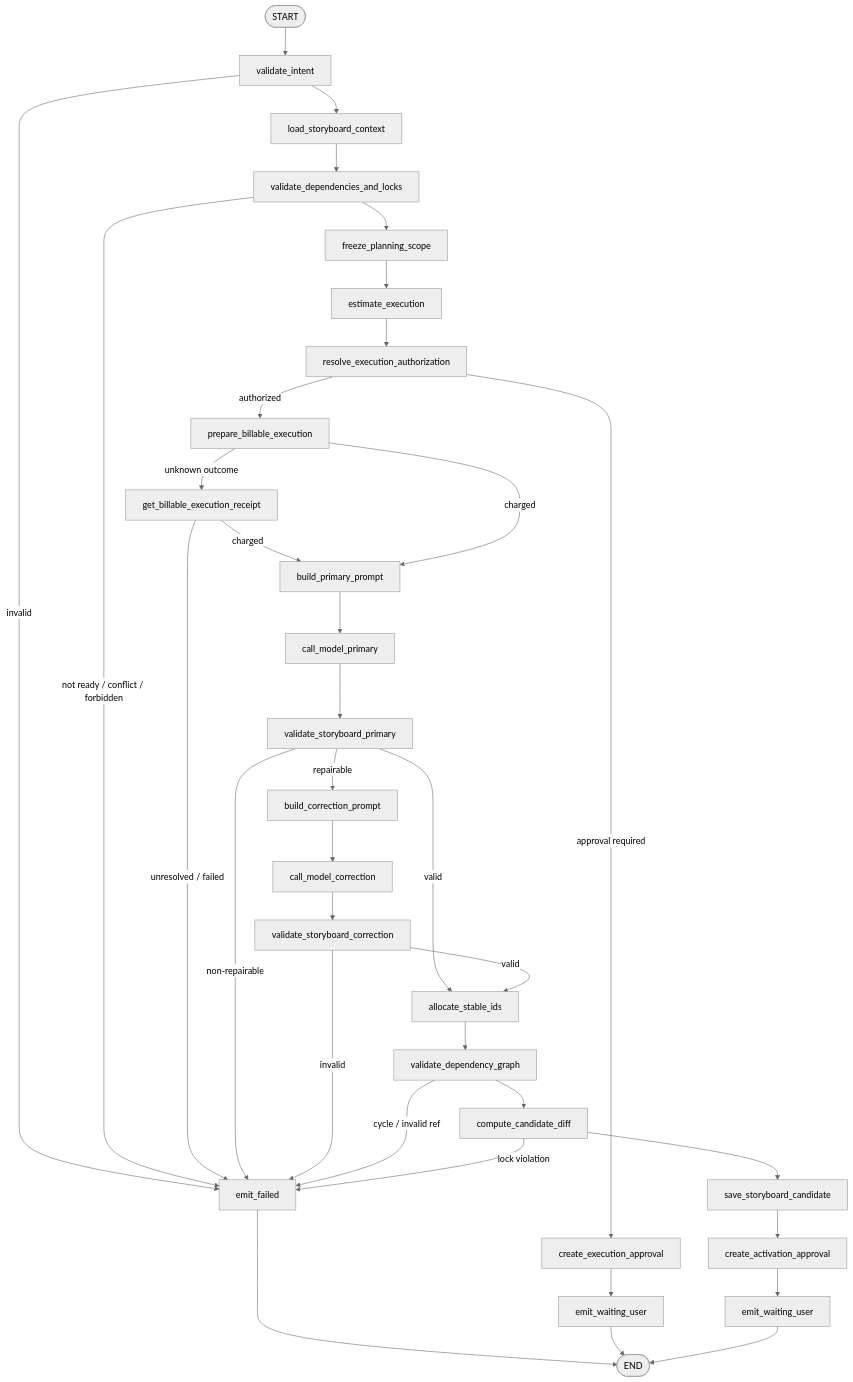
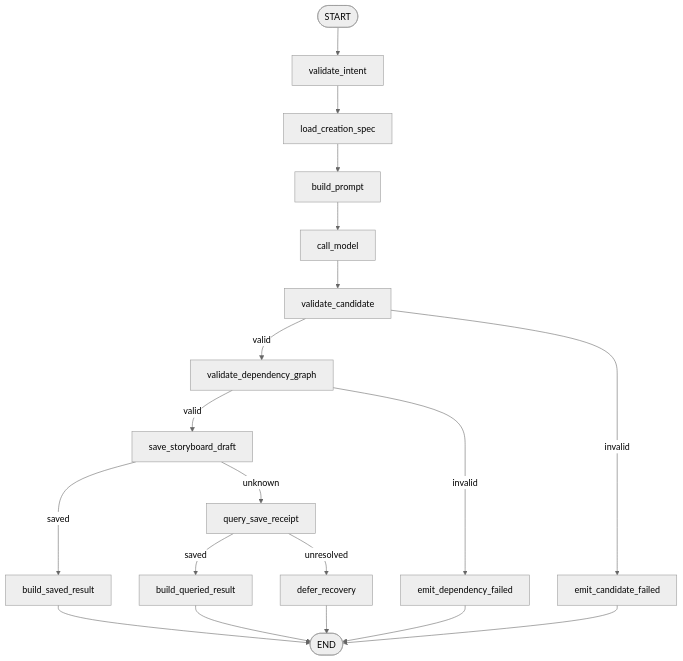
The first of 3 diagrams in docs/design/agent/graphtool/plan_storyboard-design.md (FigoGoo/Dora-Agent), drawn with Mermaid (neutral theme) before and after one commit. The commit also changed other lines of this file and 68 other files, not shown here.

````diff
--- a/docs/design/agent/graphtool/plan_storyboard-design.md
+++ b/docs/design/agent/graphtool/plan_storyboard-design.md
@@ -100,37 +39,21 @@
 ```mermaid
 flowchart TD
-    S([START]) --> V[validate_intent]
-    V -->|invalid| F[emit_failed]
-    V --> L[load_storyboard_context]
-    L --> G[validate_dependencies_and_locks]
-    G -->|not ready / conflict / forbidden| F
-    G --> Z[freeze_planning_scope]
-    Z --> E[estimate_execution]
-    E --> A[resolve_execution_authorization]
-    A -->|approval required| EA[create_execution_approval]
-    EA --> W1[emit_waiting_user]
-    A -->|authorized| C[prepare_billable_execution]
-    C -->|unknown outcome| Q[get_billable_execution_receipt]
-    Q -->|charged| P1[build_primary_prompt]
-    Q -->|unresolved / failed| F
-    C -->|charged| P1
-    P1 --> M1[call_model_primary]
-    M1 --> D1[validate_storyboard_primary]
-    D1 -->|valid| I[allocate_stable_ids]
-    D1 -->|repairable| P2[build_correction_prompt]
-    D1 -->|non-repairable| F
-    P2 --> M2[call_model_correction]
-    M2 --> D2[validate_storyboard_correction]
-    D2 -->|valid| I
-    D2 -->|invalid| F
-    I --> DG[validate_dependency_graph]
-    DG -->|cycle / invalid ref| F
-    DG --> DF[compute_candidate_diff]
-    DF -->|lock violation| F
-    DF --> SV[save_storyboard_candidate]
-    SV --> AA[create_activation_approval]
-    AA --> W2[emit_waiting_user]
-    F --> X([END])
-    W1 --> X
-    W2 --> X
+    S([START]) --> VI[validate_intent]
+    VI --> LC[load_creation_spec]
+    LC --> BP[build_prompt]
+    BP --> CM[call_model]
+    CM --> VC[validate_candidate]
+    VC -->|valid| VD[validate_dependency_graph]
+    VC -->|invalid| CF[emit_candidate_failed]
+    VD -->|valid| SD[save_storyboard_draft]
+    VD -->|invalid| DF[emit_dependency_failed]
+    SD -->|saved| SR[build_saved_result]
+    SD -->|unknown| QR[query_save_receipt]
+    QR -->|saved| QRR[build_queried_result]
+    QR -->|unresolved| DR[defer_recovery]
+    SR --> E([END])
+    QRR --> E
+    CF --> E
+    DF --> E
+    DR --> E
 ```
````
